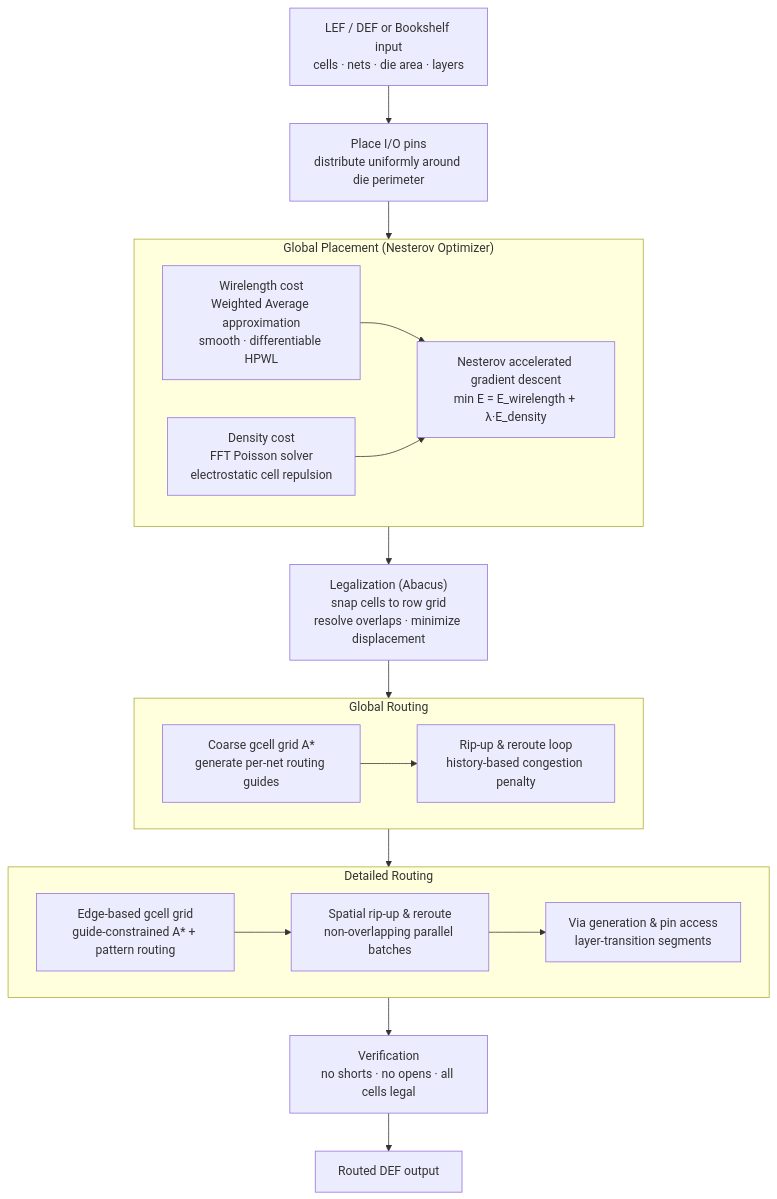
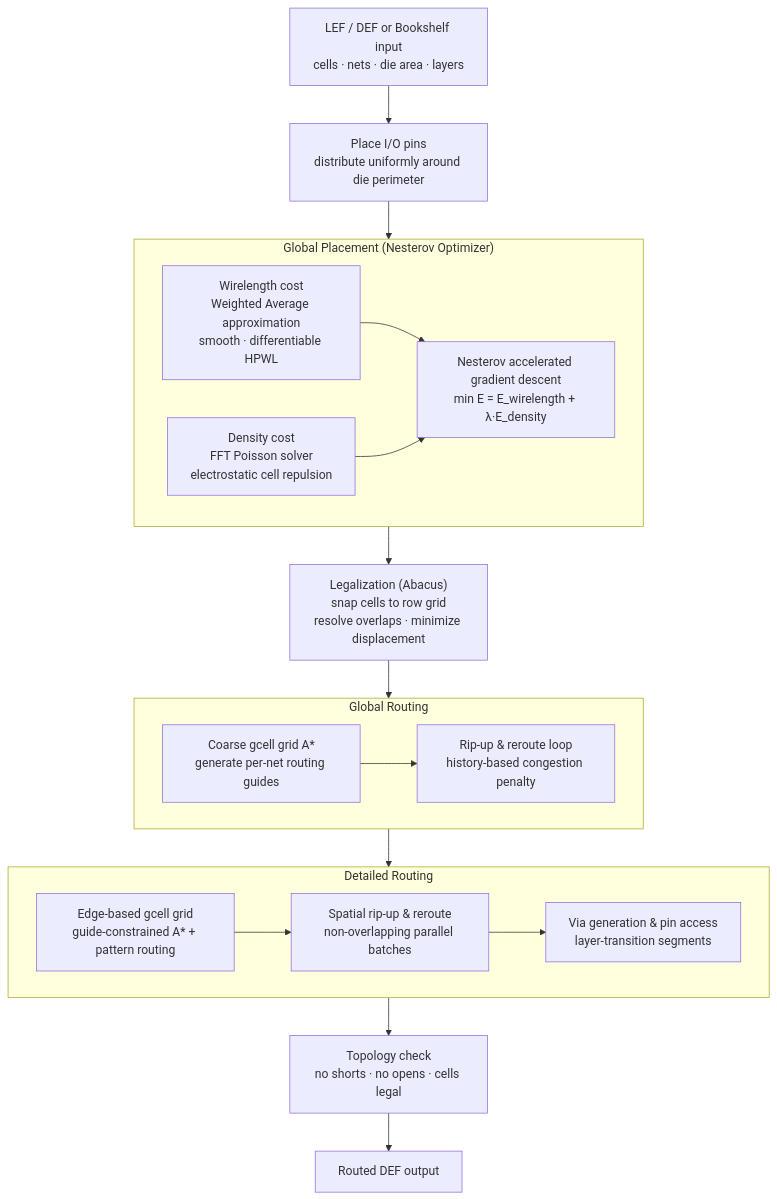
Before and after one commit to willmccallion/vlsi-physical-design: the diagram in README.md, drawn with Mermaid. The commit also changed other lines of this file, not shown here.

````diff
--- a/README.md
+++ b/README.md
@@ -19,32 +19,32 @@
 ```mermaid
 flowchart TD
     INPUT["LEF / DEF or Bookshelf input<br/>cells · nets · die area · layers"]
     IO["Place I/O pins<br/>distribute uniformly around die perimeter"]
 
     subgraph GP["Global Placement (Nesterov Optimizer)"]
         WL["Wirelength cost<br/>Weighted Average approximation<br/>smooth · differentiable HPWL"]
         DENS["Density cost<br/>FFT Poisson solver<br/>electrostatic cell repulsion"]
         OPT["Nesterov accelerated gradient descent<br/>min E = E_wirelength + λ·E_density"]
     end
 
     LEG["Legalization (Abacus)<br/>snap cells to row grid<br/>resolve overlaps · minimize displacement"]
 
     subgraph GR["Global Routing"]
         GRA["Coarse gcell grid A*<br/>generate per-net routing guides"]
         GRR["Rip-up & reroute loop<br/>history-based congestion penalty"]
     end
 
     subgraph DR["Detailed Routing"]
         DRA["Edge-based gcell grid<br/>guide-constrained A* + pattern routing"]
         DRR["Spatial rip-up & reroute<br/>non-overlapping parallel batches"]
         VIA["Via generation & pin access<br/>layer-transition segments"]
     end
 
-    VER["Verification<br/>no shorts · no opens · all cells legal"]
+    VER["Topology check<br/>no shorts · no opens · cells legal"]
     OUT["Routed DEF output"]
 
     INPUT --> IO --> GP --> LEG --> GR --> DR --> VER --> OUT
     WL & DENS --> OPT
     GRA --> GRR
     DRA --> DRR --> VIA
 ```
````
